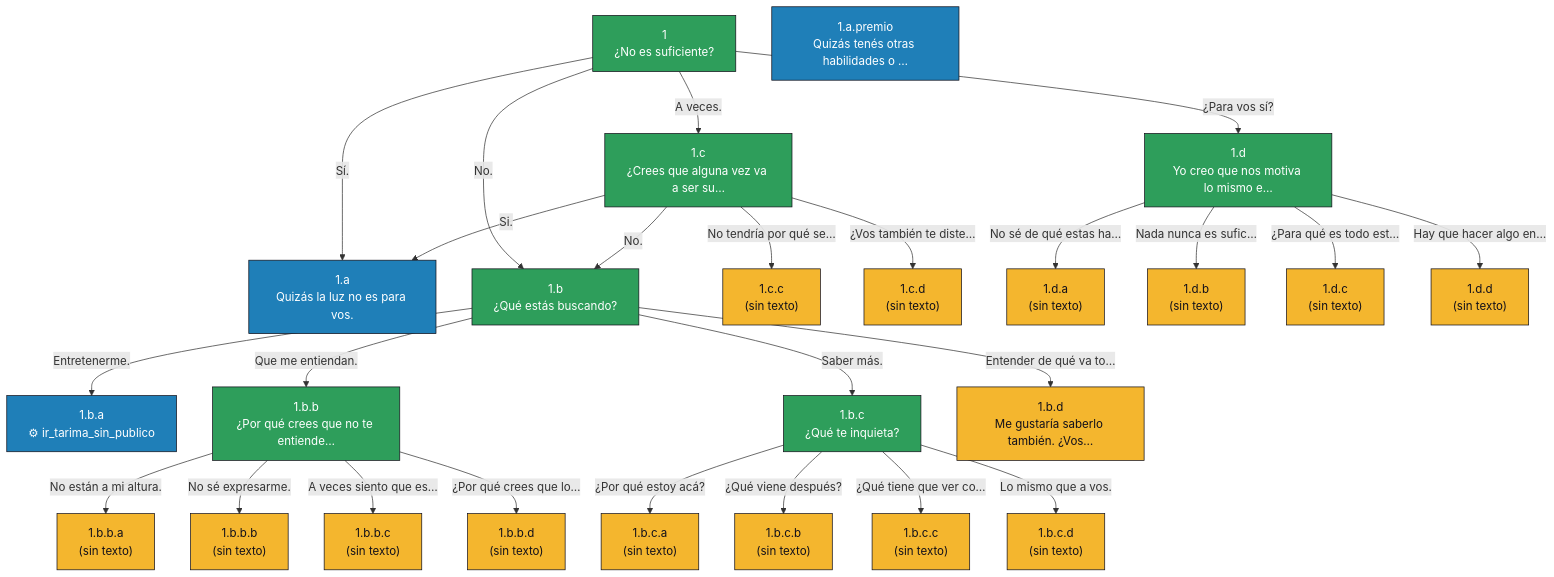
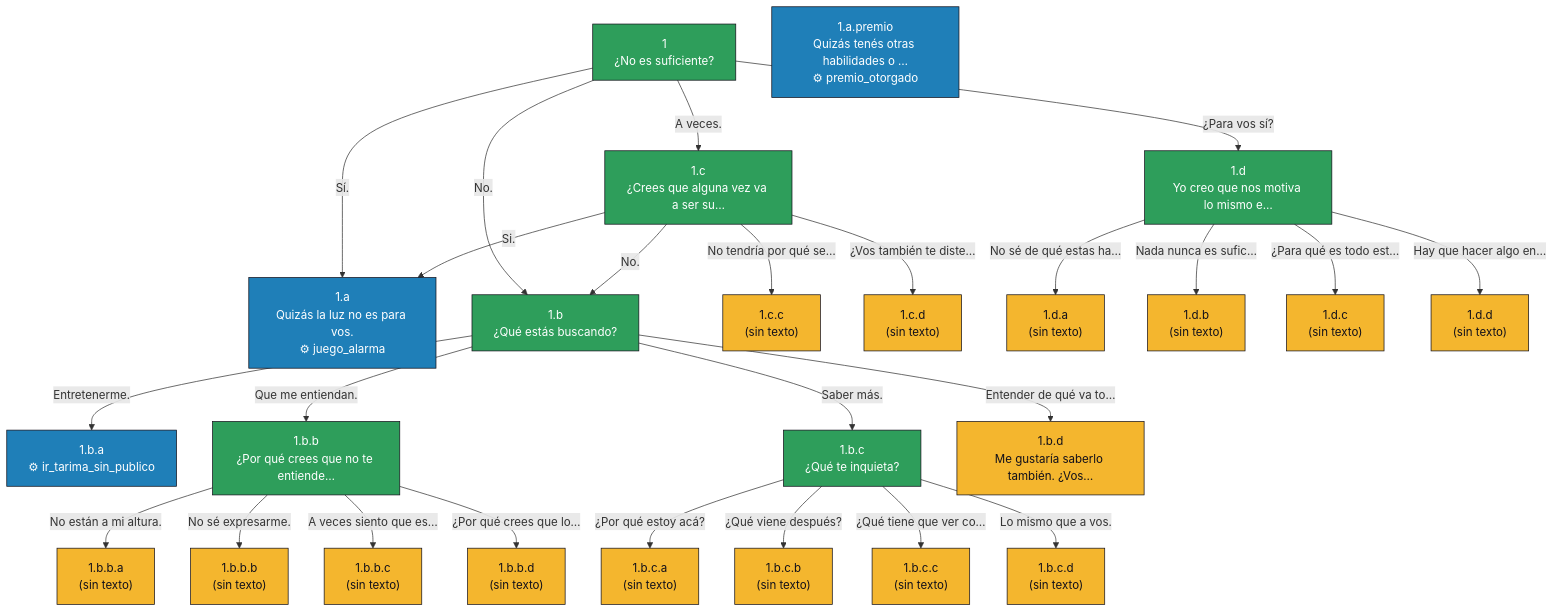
Before and after one commit to rodrigueziba/lab2026: the diagram in docs/dialogos/mapa.mmd, drawn with Mermaid. The commit also changed 17 other files, not shown here.

```diff
--- a/docs/dialogos/mapa.mmd
+++ b/docs/dialogos/mapa.mmd
@@ -1,52 +1,52 @@
 flowchart TD
   N_n_1["1<br/>¿No es suficiente?"]:::cerrado
-  N_n_1_a["1.a<br/>Quizás la luz no es para vos."]:::efecto
-  N_premio_otorgado["1.a.premio<br/>Quizás tenés otras habilidades o …"]:::efecto
+  N_n_1_a["1.a<br/>Quizás la luz no es para vos.<br/>⚙ juego_alarma"]:::efecto
+  N_premio_otorgado["1.a.premio<br/>Quizás tenés otras habilidades o …<br/>⚙ premio_otorgado"]:::efecto
   N_n_1_b["1.b<br/>¿Qué estás buscando?"]:::cerrado
   N_n_1_b_a["1.b.a<br/>⚙ ir_tarima_sin_publico"]:::efecto
   N_n_1_b_b["1.b.b<br/>¿Por qué crees que no te entiende…"]:::cerrado
   N_p_1_b_b_a["1.b.b.a<br/>(sin texto)"]:::pendiente
   N_p_1_b_b_b["1.b.b.b<br/>(sin texto)"]:::pendiente
   N_p_1_b_b_c["1.b.b.c<br/>(sin texto)"]:::pendiente
   N_p_1_b_b_d["1.b.b.d<br/>(sin texto)"]:::pendiente
   N_n_1_b_c["1.b.c<br/>¿Qué te inquieta?"]:::cerrado
   N_p_1_b_c_a["1.b.c.a<br/>(sin texto)"]:::pendiente
   N_p_1_b_c_b["1.b.c.b<br/>(sin texto)"]:::pendiente
   N_p_1_b_c_c["1.b.c.c<br/>(sin texto)"]:::pendiente
   N_p_1_b_c_d["1.b.c.d<br/>(sin texto)"]:::pendiente
   N_n_1_b_d["1.b.d<br/>Me gustaría saberlo también. ¿Vos…"]:::pendiente
   N_n_1_c["1.c<br/>¿Crees que alguna vez va a ser su…"]:::cerrado
   N_p_1_c_c["1.c.c<br/>(sin texto)"]:::pendiente
   N_p_1_c_d["1.c.d<br/>(sin texto)"]:::pendiente
   N_n_1_d["1.d<br/>Yo creo que nos motiva lo mismo e…"]:::cerrado
   N_p_1_d_a["1.d.a<br/>(sin texto)"]:::pendiente
   N_p_1_d_b["1.d.b<br/>(sin texto)"]:::pendiente
   N_p_1_d_c["1.d.c<br/>(sin texto)"]:::pendiente
   N_p_1_d_d["1.d.d<br/>(sin texto)"]:::pendiente
   N_n_1 -->|"Sí."| N_n_1_a
   N_n_1 -->|"No."| N_n_1_b
   N_n_1 -->|"A veces."| N_n_1_c
   N_n_1 -->|"¿Para vos sí?"| N_n_1_d
   N_n_1_b -->|"Entretenerme."| N_n_1_b_a
   N_n_1_b -->|"Que me entiendan."| N_n_1_b_b
   N_n_1_b -->|"Saber más."| N_n_1_b_c
   N_n_1_b -->|"Entender de qué va to…"| N_n_1_b_d
   N_n_1_b_b -->|"No están a mi altura."| N_p_1_b_b_a
   N_n_1_b_b -->|"No sé expresarme."| N_p_1_b_b_b
   N_n_1_b_b -->|"A veces siento que es…"| N_p_1_b_b_c
   N_n_1_b_b -->|"¿Por qué crees que lo…"| N_p_1_b_b_d
   N_n_1_b_c -->|"¿Por qué estoy acá?"| N_p_1_b_c_a
   N_n_1_b_c -->|"¿Qué viene después?"| N_p_1_b_c_b
   N_n_1_b_c -->|"¿Qué tiene que ver co…"| N_p_1_b_c_c
   N_n_1_b_c -->|"Lo mismo que a vos."| N_p_1_b_c_d
   N_n_1_c -->|"Si."| N_n_1_a
   N_n_1_c -->|"No."| N_n_1_b
   N_n_1_c -->|"No tendría por qué se…"| N_p_1_c_c
   N_n_1_c -->|"¿Vos también te diste…"| N_p_1_c_d
   N_n_1_d -->|"No sé de qué estas ha…"| N_p_1_d_a
   N_n_1_d -->|"Nada nunca es sufic…"| N_p_1_d_b
   N_n_1_d -->|"¿Para qué es todo est…"| N_p_1_d_c
   N_n_1_d -->|"Hay que hacer algo en…"| N_p_1_d_d
   classDef cerrado fill:#2E9E5B,stroke:#12101A,color:#fff;
   classDef pendiente fill:#F4B62E,stroke:#12101A,color:#12101A;
   classDef efecto fill:#1F7FB8,stroke:#12101A,color:#fff;
```
